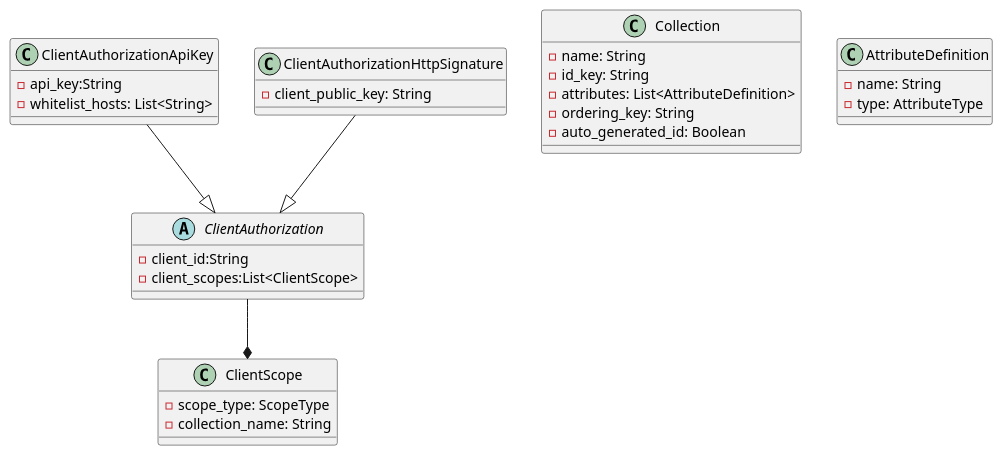
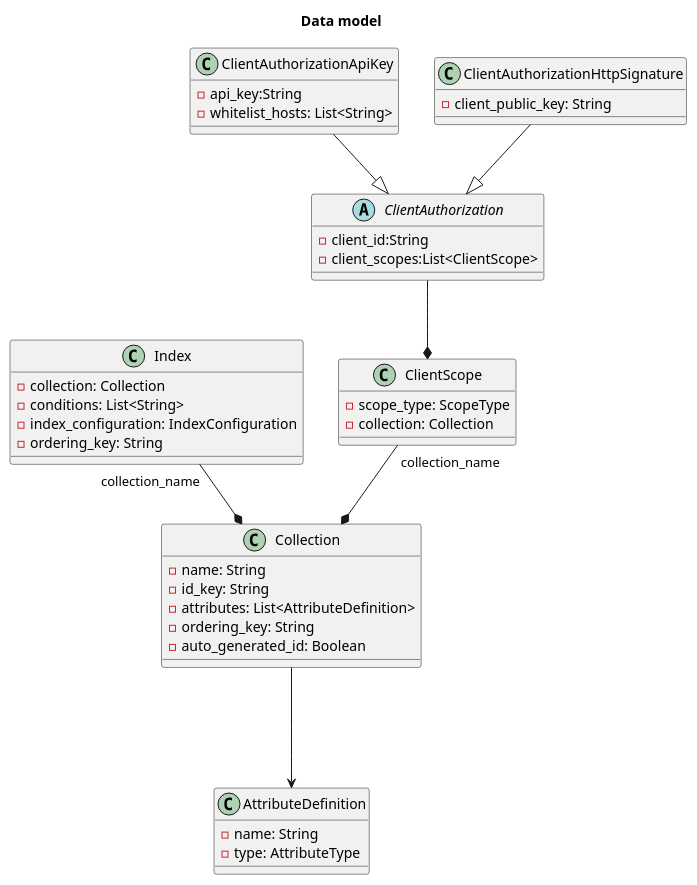
One commit to antessio/dynamoplus changed the first of 3 diagrams in doc/dynamoplus.md. Above: the diagram before and after it, drawn with PlantUML. The commit also changed other lines of this file and 1 other file, not shown here.

`````diff
--- a/doc/dynamoplus.md
+++ b/doc/dynamoplus.md
@@ -4,39 +5,51 @@
 ````puml
 @startuml
+title Data model
+
 abstract class ClientAuthorization{
 - client_id:String
 - client_scopes:List<ClientScope> 
 
 }
 
 class ClientScope{
 - scope_type: ScopeType
-- collection_name: String
+- collection: Collection
 }
 
 class ClientAuthorizationApiKey{
 - api_key:String
 - whitelist_hosts: List<String>
 }
 class ClientAuthorizationHttpSignature{
 - client_public_key: String
 }
 
 class Collection{
 - name: String
 - id_key: String
 - attributes: List<AttributeDefinition>
 - ordering_key: String
 - auto_generated_id: Boolean
 }
 
 class AttributeDefinition{
 - name: String
 - type: AttributeType
 }
+class Index{
+- collection: Collection
+- conditions: List<String>
+- index_configuration: IndexConfiguration
+- ordering_key: String
+}
+
 
 ClientAuthorizationHttpSignature--|>ClientAuthorization
 ClientAuthorizationApiKey--|>ClientAuthorization
 ClientAuthorization--*ClientScope
+ClientScope "collection_name"--*Collection
+Collection--->AttributeDefinition
+Index "collection_name"--*Collection
 @enduml
 ````
`````
